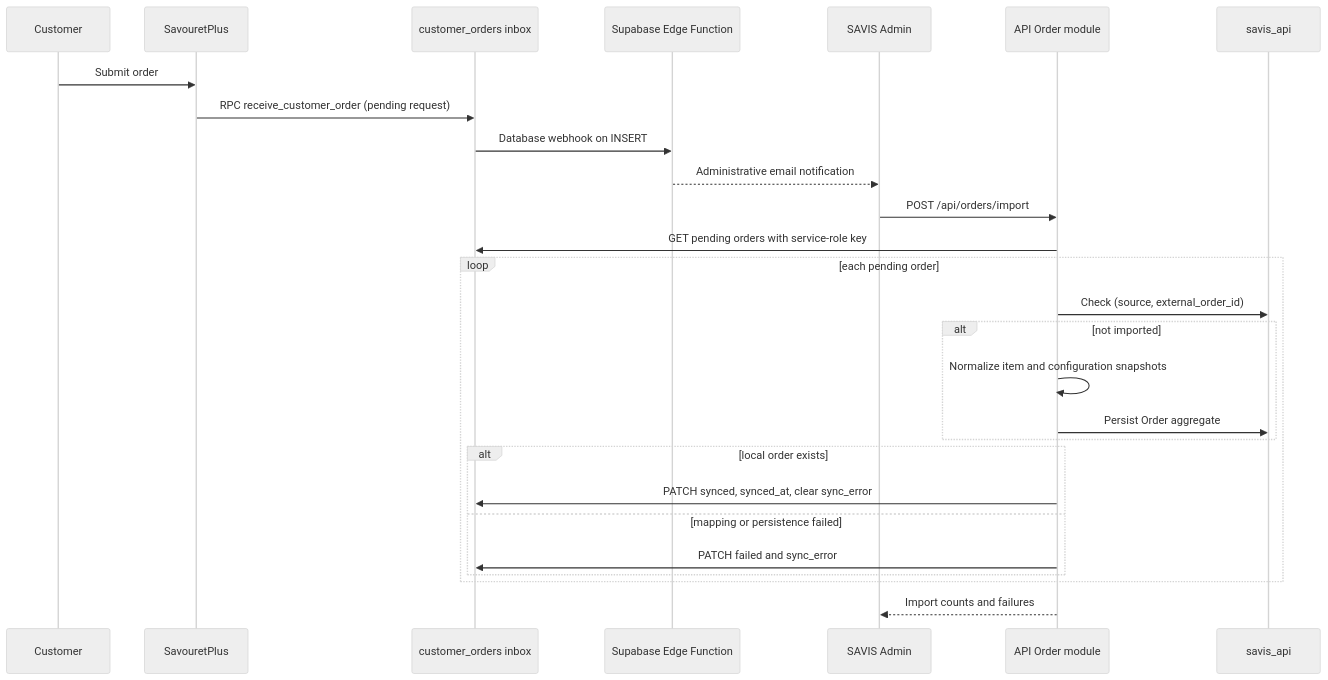
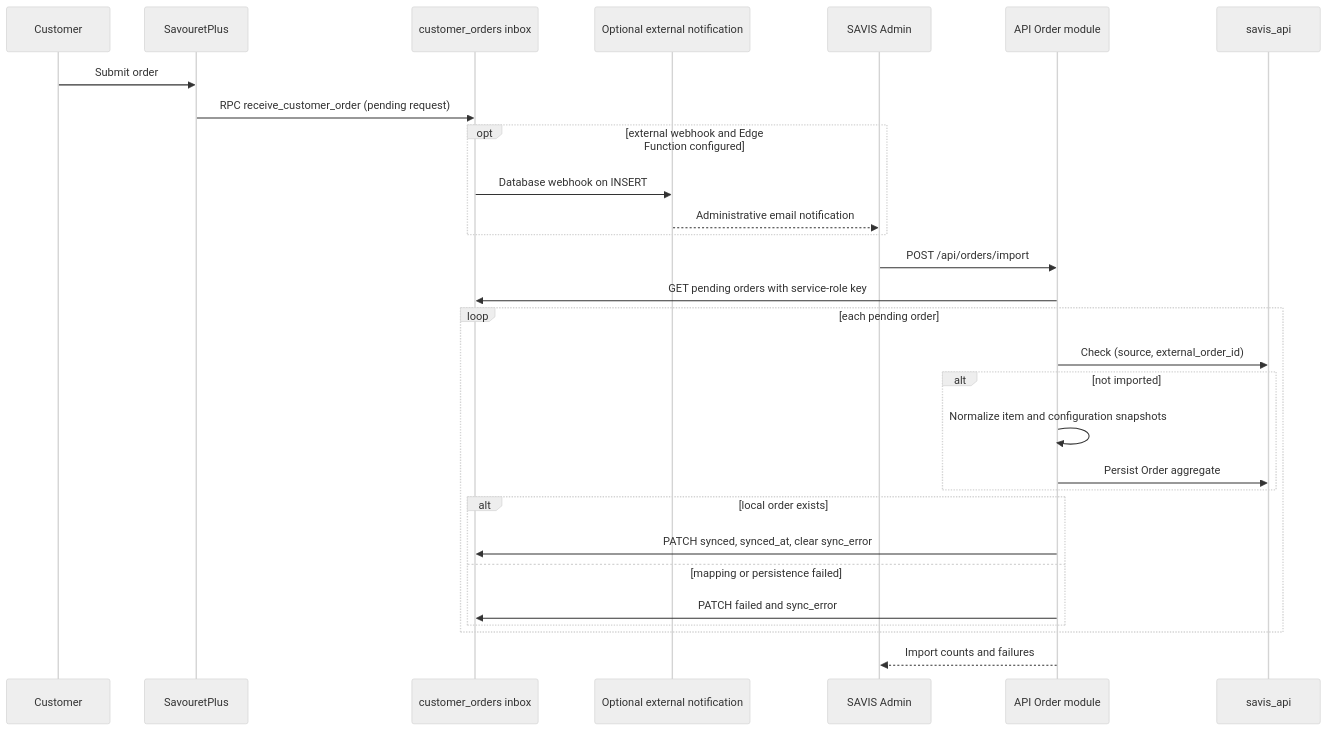
Before and after one commit to wiljeanlouis/savis: diagram 15 of 20 in docs/ARCHITECTURE.md, drawn with Mermaid (neutral theme). The commit also changed other lines of this file and 24 other files, not shown here.

````diff
--- a/docs/ARCHITECTURE.md
+++ b/docs/ARCHITECTURE.md
@@ -866,30 +949,32 @@
 ```mermaid
 sequenceDiagram
   participant Customer as Customer
   participant Storefront as SavouretPlus
   participant Supabase as customer_orders inbox
-  participant Notify as Supabase Edge Function
+  participant Notify as Optional external notification
   participant Admin as SAVIS Admin
   participant Orders as API Order module
   participant PgApi as savis_api
 
   Customer->>Storefront: Submit order
   Storefront->>Supabase: RPC receive_customer_order (pending request)
-  Supabase->>Notify: Database webhook on INSERT
-  Notify-->>Admin: Administrative email notification
+  opt external webhook and Edge Function configured
+    Supabase->>Notify: Database webhook on INSERT
+    Notify-->>Admin: Administrative email notification
+  end
   Admin->>Orders: POST /api/orders/import
   Orders->>Supabase: GET pending orders with service-role key
   loop each pending order
     Orders->>PgApi: Check (source, external_order_id)
     alt not imported
       Orders->>Orders: Normalize item and configuration snapshots
       Orders->>PgApi: Persist Order aggregate
     end
     alt local order exists
       Orders->>Supabase: PATCH synced, synced_at, clear sync_error
     else mapping or persistence failed
       Orders->>Supabase: PATCH failed and sync_error
     end
   end
   Orders-->>Admin: Import counts and failures
 ```
````
